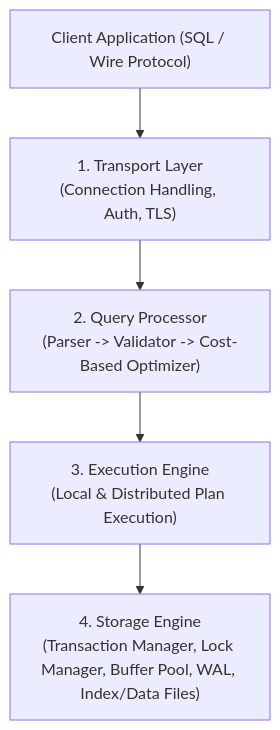
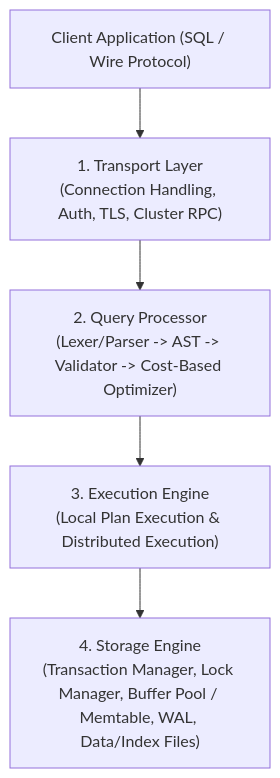
The first of 5 diagrams in docs/Database-Internals-Notes/database-internals-part1.vi.md (namaewanam/namaewanam.github.io), drawn with Mermaid before and after one commit. The commit also changed other lines of this file and 29 other files, not shown here.

````diff
--- a/docs/Database-Internals-Notes/database-internals-part1.vi.md
+++ b/docs/Database-Internals-Notes/database-internals-part1.vi.md
@@ -41,7 +64,7 @@
 ```mermaid
 flowchart TB
-    Client["Client Application (SQL / Wire Protocol)"] --> Transport["1. Transport Layer<br/>(Connection Handling, Auth, TLS)"]
-    Transport --> QP["2. Query Processor<br/>(Parser -> Validator -> Cost-Based Optimizer)"]
-    QP --> Exec["3. Execution Engine<br/>(Local & Distributed Plan Execution)"]
-    Exec --> SE["4. Storage Engine<br/>(Transaction Manager, Lock Manager, Buffer Pool, WAL, Index/Data Files)"]
+    Client["Client Application (SQL / Wire Protocol)"] --> Transport["1. Transport Layer<br/>(Connection Handling, Auth, TLS, Cluster RPC)"]
+    Transport --> QP["2. Query Processor<br/>(Lexer/Parser -> AST -> Validator -> Cost-Based Optimizer)"]
+    QP --> Exec["3. Execution Engine<br/>(Local Plan Execution & Distributed Execution)"]
+    Exec --> SE["4. Storage Engine<br/>(Transaction Manager, Lock Manager, Buffer Pool / Memtable, WAL, Data/Index Files)"]
 ```
````
